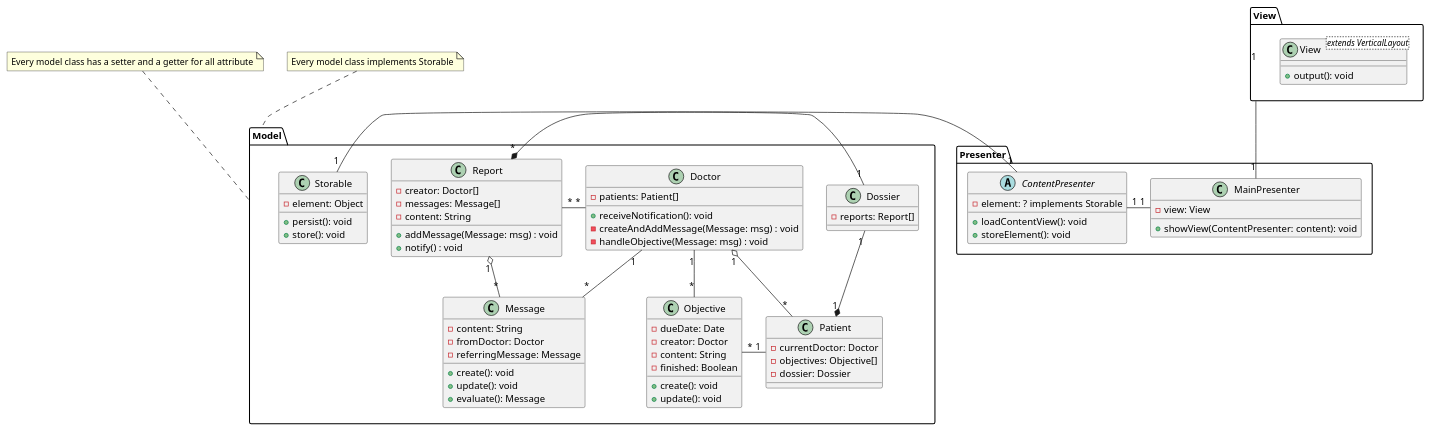
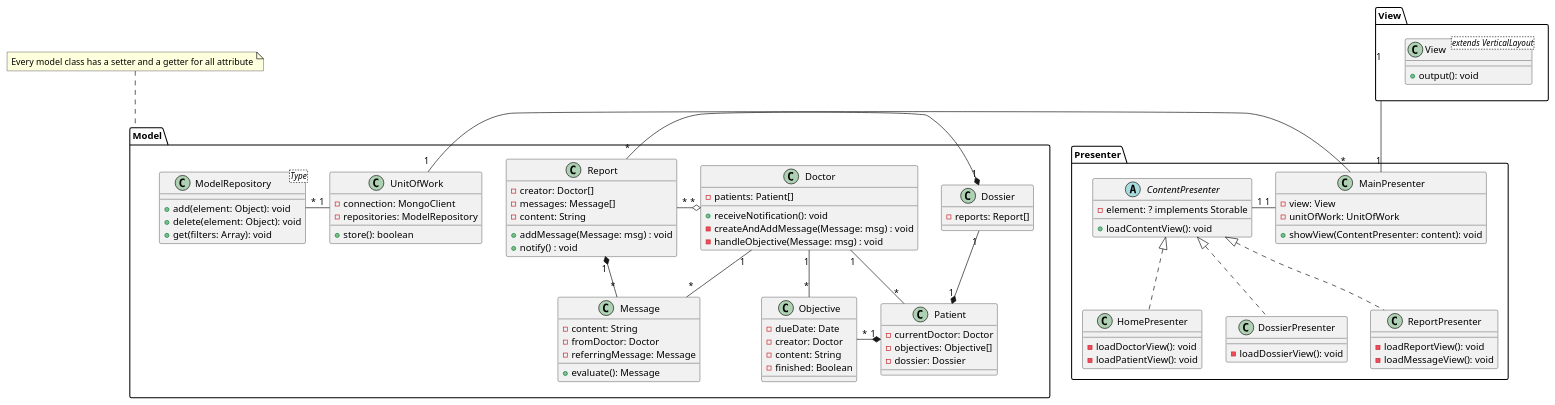
One commit to thetractor/ch.bfh.bti7081.s2019.orange changed the diagram in doc/task5/classdiagram.puml. Above: the diagram before and after it, drawn with PlantUML. The commit also changed 1 other file, not shown here.

Commit message:
fix: optimize class diagram (task5)

```diff
--- a/doc/task5/classdiagram.puml
+++ b/doc/task5/classdiagram.puml
@@ -1,86 +1,103 @@
 @startuml
 package Presenter {
        class MainPresenter{
            -view: View
+           -unitOfWork: UnitOfWork
            +showView(ContentPresenter: content): void
        }
        abstract class ContentPresenter{
           - element: ? implements Storable
           +loadContentView(): void
-          +storeElement(): void
+       }
+       class HomePresenter{
+       - loadDoctorView(): void
+       - loadPatientView(): void
+       }
+       class DossierPresenter{
+       - loadDossierView(): void
+       }
+       class ReportPresenter{
+       - loadReportView(): void
+       - loadMessageView(): void
        }
 
 
 }
 package View {
     class View<extends VerticalLayout>{
         +output(): void
     }
 }
 package Model {
     class Doctor{
         -patients: Patient[]
         +receiveNotification(): void
         -createAndAddMessage(Message: msg) : void
         -handleObjective(Message: msg) : void
     }
 
     class Patient{
         -currentDoctor: Doctor
         -objectives: Objective[]
         -dossier: Dossier
     }
 
     class Objective{
         -dueDate: Date
         -creator: Doctor
         -content: String
         -finished: Boolean
-        +create(): void
-        +update(): void
+
     }
 
     class Report{
         -creator: Doctor[]
         -messages: Message[]
         -content: String
         +addMessage(Message: msg) : void
         +notify() : void
     }
 
     class Dossier{
         -reports: Report[]
     }
 
     class Message{
         -content: String
         -fromDoctor: Doctor
         -referringMessage: Message
-        +create(): void
-        +update(): void
         +evaluate(): Message
     }
-    class Storable{
-        -element: Object
-        +persist(): void
-        +store(): void
+    class ModelRepository<Type>{
+        +add(element: Object): void
+        +delete(element: Object): void
+        +get(filters: Array): void
+    }
+    class UnitOfWork{
+        - connection: MongoClient
+        - repositories: ModelRepository
+        + store(): boolean
     }
 }
 
-Report "1" o-- "*" Message
-Report "*" -left "*" Doctor
-Patient "1" - "*" Objective
-Report "*" *-right "1" Dossier
+Report "1" *-- "*" Message
+Report "*" -left-o "*" Doctor
+Patient "1" *- "*" Objective
+Report "*" -right* "1" Dossier
 Dossier "1" --* "1" Patient
 Objective "*" - "1" Doctor
-Doctor "1" o- "*" Patient
+Doctor "1" - "*" Patient
 Message "*" -left- "1" Doctor
+UnitOfWork "1" -left- "*" ModelRepository
+UnitOfWork "1" -left- "*" MainPresenter
 
 
 View "1" -- "1" MainPresenter
 ContentPresenter "1" - "1" MainPresenter
-Storable "1" - "1" ContentPresenter
+ContentPresenter <|.. HomePresenter
+ContentPresenter <|.. DossierPresenter
+ContentPresenter <|.. ReportPresenter
 
 note top of Model: Every model class has a setter and a getter for all attribute
-note top of Model: Every model class implements Storable
+
 @enduml
```
